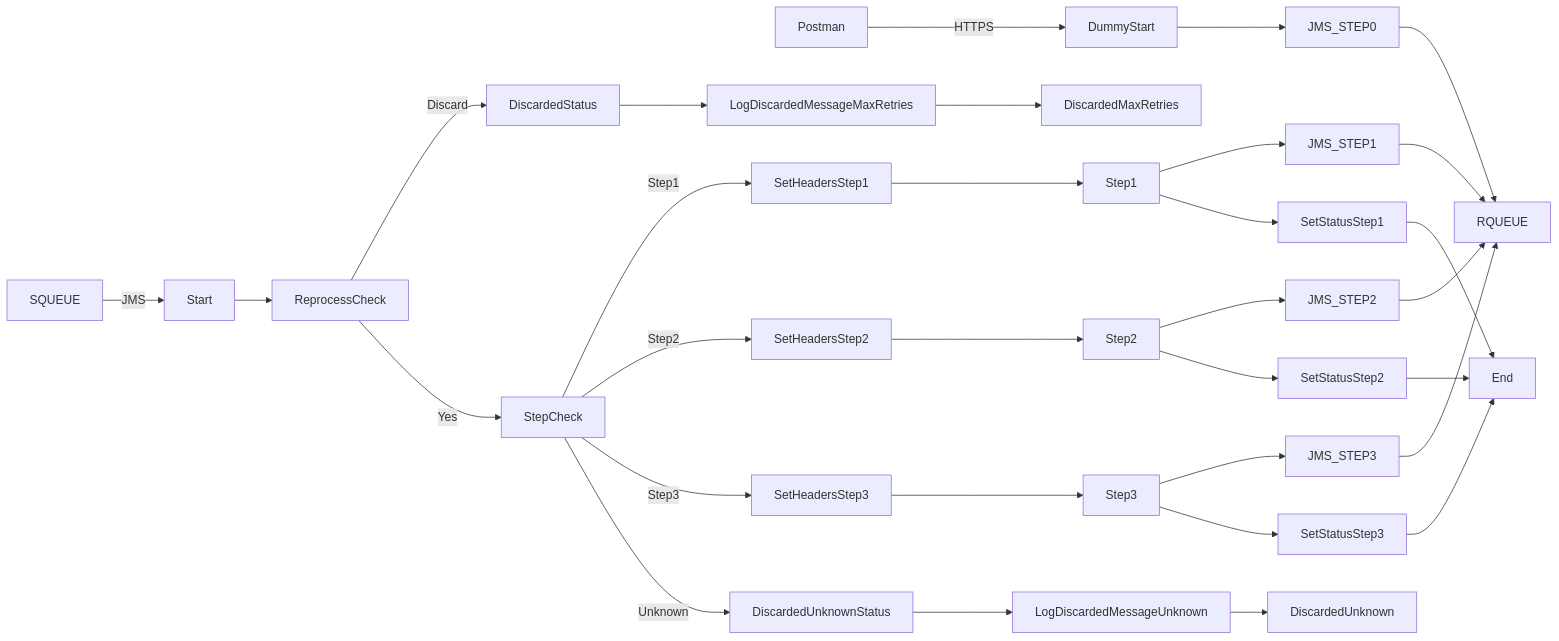
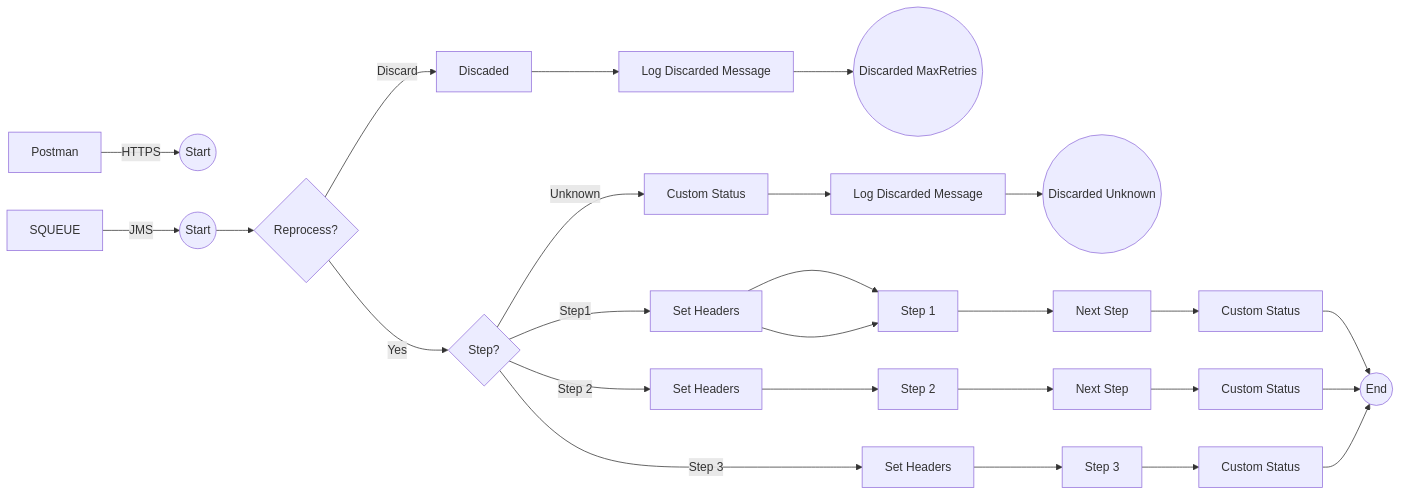
One commit to Avvale-IA-CICD/AvvaleCPI changed the diagram in MMZ - Cell Iflows/SEDA_Model_-_Single_Queue_-_Restart_and_Discard_MMZ-1.0.1/readme.md. Above: the diagram before and after it, drawn with Mermaid. The commit also changed other lines of this file, not shown here.

Commit message:
Add/update documentation for SEDA_Model_-_Single_Queue_-_Restart_and_Discard_MMZ v1.0.1

````diff
--- a/MMZ - Cell Iflows/SEDA_Model_-_Single_Queue_-_Restart_and_Discard_MMZ-1.0.1/readme.md
+++ b/MMZ - Cell Iflows/SEDA_Model_-_Single_Queue_-_Restart_and_Discard_MMZ-1.0.1/readme.md
@@ -5,37 +4,28 @@
 ```mermaid
 graph LR
-    Postman -- HTTPS --> DummyStart
-    SQUEUE -- JMS --> Start
-    Start --> ReprocessCheck
-    ReprocessCheck -- Discard --> DiscardedStatus
-    ReprocessCheck -- Yes --> StepCheck
-    StepCheck -- Step1 --> SetHeadersStep1
-    StepCheck -- Step2 --> SetHeadersStep2
-    StepCheck -- Step3 --> SetHeadersStep3
-    StepCheck -- Unknown --> DiscardedUnknownStatus
-
-    SetHeadersStep1 --> Step1
-    SetHeadersStep2 --> Step2
-    SetHeadersStep3 --> Step3
-
-    Step1 --> JMS_STEP1
-    Step2 --> JMS_STEP2
-    Step3 --> JMS_STEP3
-    DummyStart --> JMS_STEP0
-    JMS_STEP1 --> RQUEUE
-    JMS_STEP2 --> RQUEUE
-    JMS_STEP3 --> RQUEUE
-    JMS_STEP0 --> RQUEUE
-    DiscardedStatus --> LogDiscardedMessageMaxRetries
-    DiscardedUnknownStatus --> LogDiscardedMessageUnknown
-    
-    Step1 --> SetStatusStep1
-    Step2 --> SetStatusStep2
-    Step3 --> SetStatusStep3
-
-    LogDiscardedMessageMaxRetries --> DiscardedMaxRetries
-    LogDiscardedMessageUnknown --> DiscardedUnknown
-    SetStatusStep1 --> End
-    SetStatusStep2 --> End
-    SetStatusStep3 --> End
+    Postman -- HTTPS --> StartEvent_12079806((Start))
+    SQUEUE -- JMS --> StartEvent_2((Start))
+    StartEvent_2 --> ExclusiveGateway_9098{Reprocess?}
+    ExclusiveGateway_9098 -- Yes --> ExclusiveGateway_12{Step?}
+    ExclusiveGateway_9098 -- Discard --> CallActivity_9101[Discaded]
+    CallActivity_9101 --> CallActivity_12079775[Log Discarded Message]
+    CallActivity_12079775 --> EndEvent_9104((Discarded MaxRetries))
+    ExclusiveGateway_12 -- Step1 --> CallActivity_12079818[Set Headers]
+    ExclusiveGateway_12 -- Step 2 --> CallActivity_12079821[Set Headers]
+    ExclusiveGateway_12 -- Step 3 --> CallActivity_12079824[Set Headers]
+    ExclusiveGateway_12 -- Unknown --> CallActivity_20[Custom Status]
+    CallActivity_20 --> CallActivity_12079827[Log Discarded Message]
+    CallActivity_12079827 --> EndEvent_12079826((Discarded Unknown))
+    CallActivity_12079818 --> CallActivity_15["Step 1"]
+    CallActivity_15 --> ServiceTask_56[Next Step]
+    ServiceTask_56 --> CallActivity_9071[Custom Status]
+    CallActivity_9071 --> EndEvent_2((End))
+    CallActivity_12079821 --> CallActivity_18["Step 2"]
+    CallActivity_18 --> ServiceTask_9069[Next Step]
+    ServiceTask_9069 --> CallActivity_9077[Custom Status]
+    CallActivity_9077 --> EndEvent_2
+    CallActivity_12079824 --> CallActivity_21["Step 3"]
+    CallActivity_21 --> CallActivity_9074[Custom Status]
+    CallActivity_9074 --> EndEvent_2
+    CallActivity_12079818 --> CallActivity_15
 ```
````
